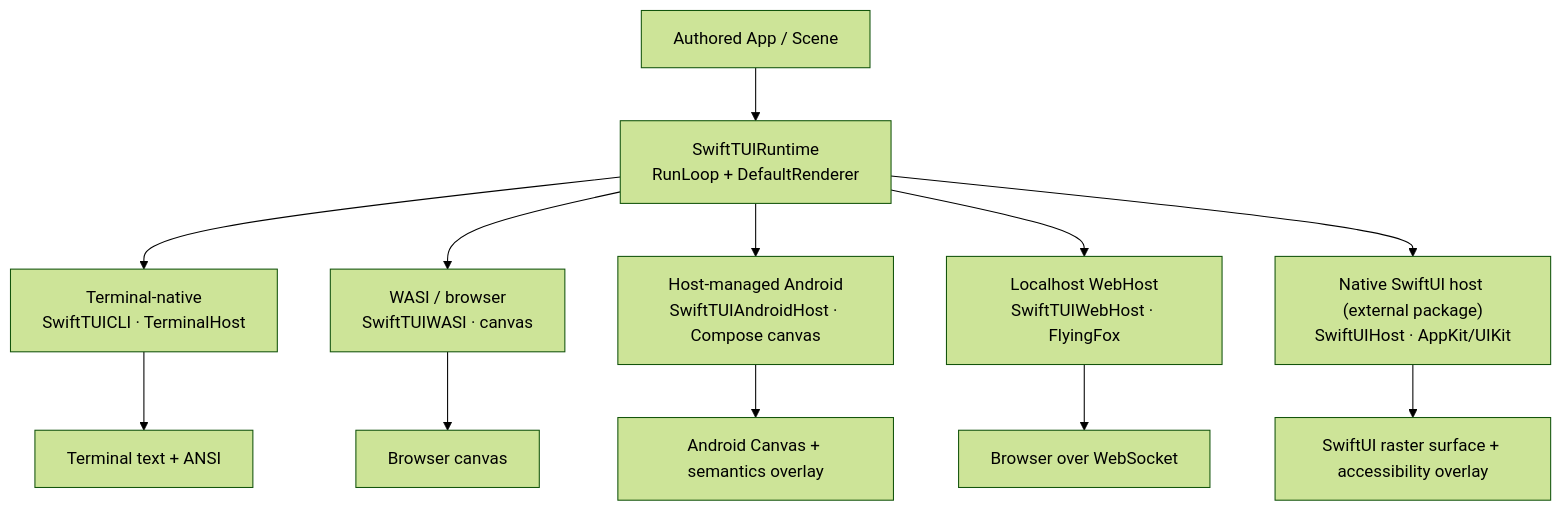
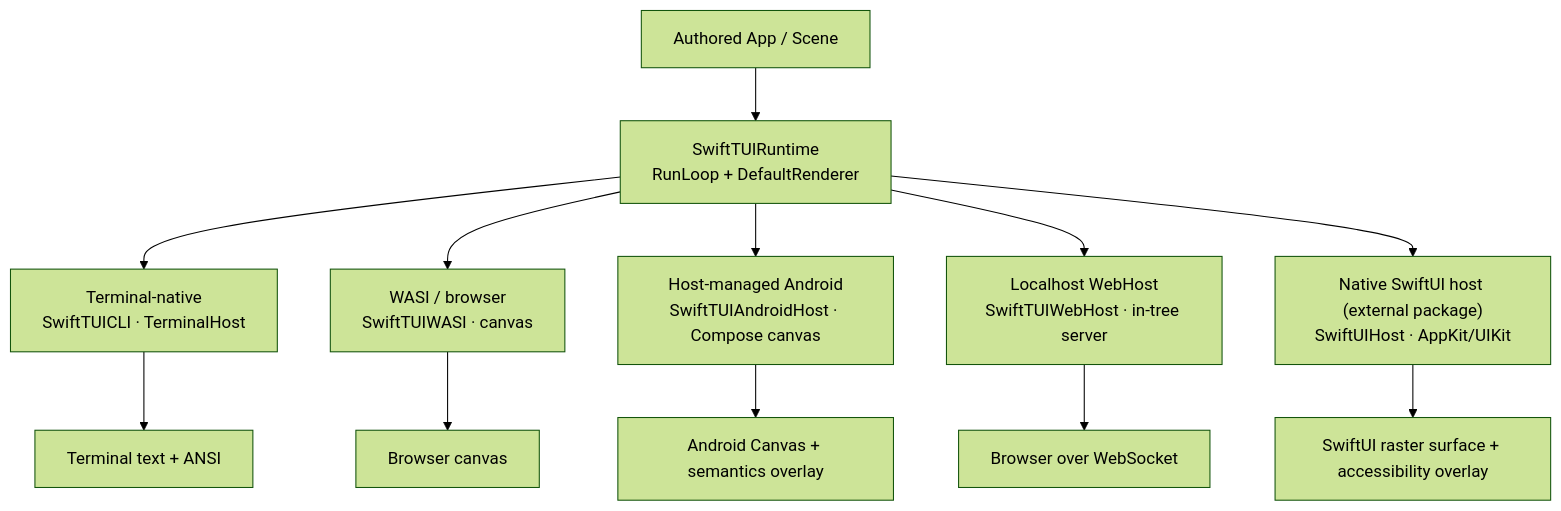
One commit to SwiftTUI/swift-tui changed the first of 3 diagrams in docs/HOSTS-AND-PLATFORMS.md. Above: the diagram before and after it, drawn with Mermaid (forest theme). The commit also changed other lines of this file and 18 other files, not shown here.

Commit message:
feat: internalize implementation of local web host

````diff
--- a/docs/HOSTS-AND-PLATFORMS.md
+++ b/docs/HOSTS-AND-PLATFORMS.md
@@ -14,18 +14,18 @@
 ```mermaid
 flowchart TD
     app["Authored App / Scene"]
     runtime["SwiftTUIRuntime<br/>RunLoop + DefaultRenderer"]
     app --> runtime
 
     runtime --> term["Terminal-native<br/>SwiftTUICLI · TerminalHost"]
     runtime --> wasi["WASI / browser<br/>SwiftTUIWASI · canvas"]
     runtime --> androidHost["Host-managed Android<br/>SwiftTUIAndroidHost · Compose canvas"]
-    runtime --> web["Localhost WebHost<br/>SwiftTUIWebHost · FlyingFox"]
+    runtime --> web["Localhost WebHost<br/>SwiftTUIWebHost · in-tree server"]
     runtime --> swiftui["Native SwiftUI host (external package)<br/>SwiftUIHost · AppKit/UIKit"]
 
     term --> termOut["Terminal text + ANSI"]
     wasi --> wasiOut["Browser canvas"]
     androidHost --> androidOut["Android Canvas + semantics overlay"]
     web --> webOut["Browser over WebSocket"]
     swiftui --> swiftuiOut["SwiftUI raster surface + accessibility overlay"]
 ```
````
